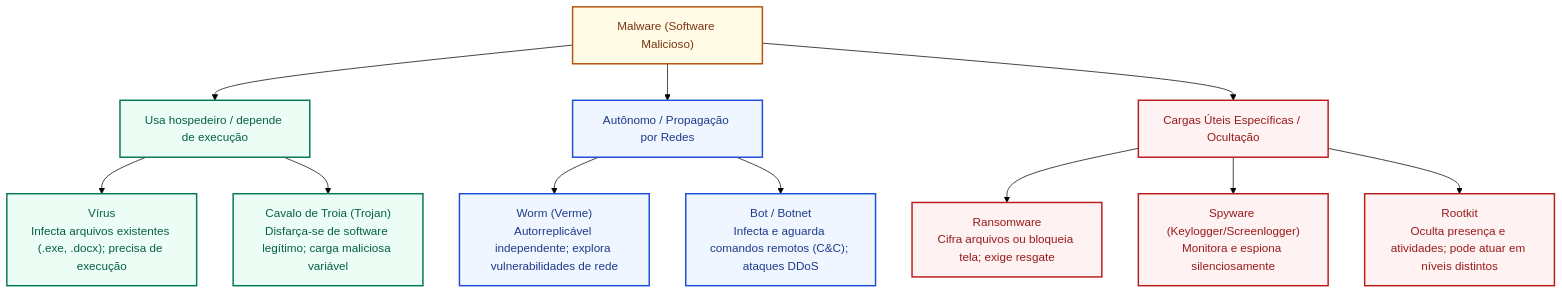
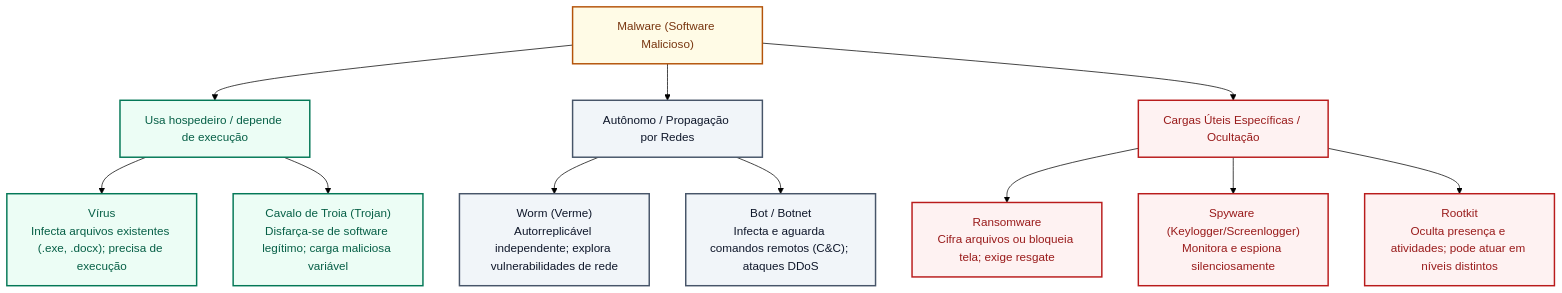
The first of 2 diagrams in 3 - Materias/Informatica/14 - malware virus worm trojan ransomware spyware e rootkit.md (leorruas/concursos), drawn with Mermaid (forest theme) before and after one commit.

Commit message:
style(camara-ti): substituir fallback azul de Mermaid por neutro acessivel 14

````diff
--- a/3 - Materias/Informatica/14 - malware virus worm trojan ransomware spyware e rootkit.md
+++ b/3 - Materias/Informatica/14 - malware virus worm trojan ransomware spyware e rootkit.md
@@ -21,23 +21,23 @@
 ```mermaid
 flowchart TD
     classDef raiz fill:#fffbe6,stroke:#b45309,stroke-width:2px,color:#78350f;
     classDef hospedeiro fill:#ecfdf5,stroke:#047857,stroke-width:2px,color:#065f46;
-    classDef autonomo fill:#eff6ff,stroke:#1d4ed8,stroke-width:2px,color:#1e3a8a;
+    classDef autonomo fill:#f1f5f9,stroke:#475569,stroke-width:2px,color:#0f172a;
     classDef carga fill:#fef2f2,stroke:#b91c1c,stroke-width:2px,color:#991b1b;
 
     M["Malware (Software Malicioso)"]:::raiz
 
     M --> H["Usa hospedeiro / depende de execução"]:::hospedeiro
     M --> A["Autônomo / Propagação por Redes"]:::autonomo
     M --> C["Cargas Úteis Específicas / Ocultação"]:::carga
 
     H --> Virus["Vírus<br>Infecta arquivos existentes (.exe, .docx); precisa de execução"]:::hospedeiro
     H --> Trojan["Cavalo de Troia (Trojan)<br>Disfarça-se de software legítimo; carga maliciosa variável"]:::hospedeiro
 
     A --> Worm["Worm (Verme)<br>Autorreplicável independente; explora vulnerabilidades de rede"]:::autonomo
     A --> Bot["Bot / Botnet<br>Infecta e aguarda comandos remotos (C&C); ataques DDoS"]:::autonomo
 
     C --> Ransomware["Ransomware<br>Cifra arquivos ou bloqueia tela; exige resgate"]:::carga
     C --> Spyware["Spyware (Keylogger/Screenlogger)<br>Monitora e espiona silenciosamente"]:::carga
     C --> Rootkit["Rootkit<br>Oculta presença e atividades; pode atuar em níveis distintos"]:::carga
 ```
````
